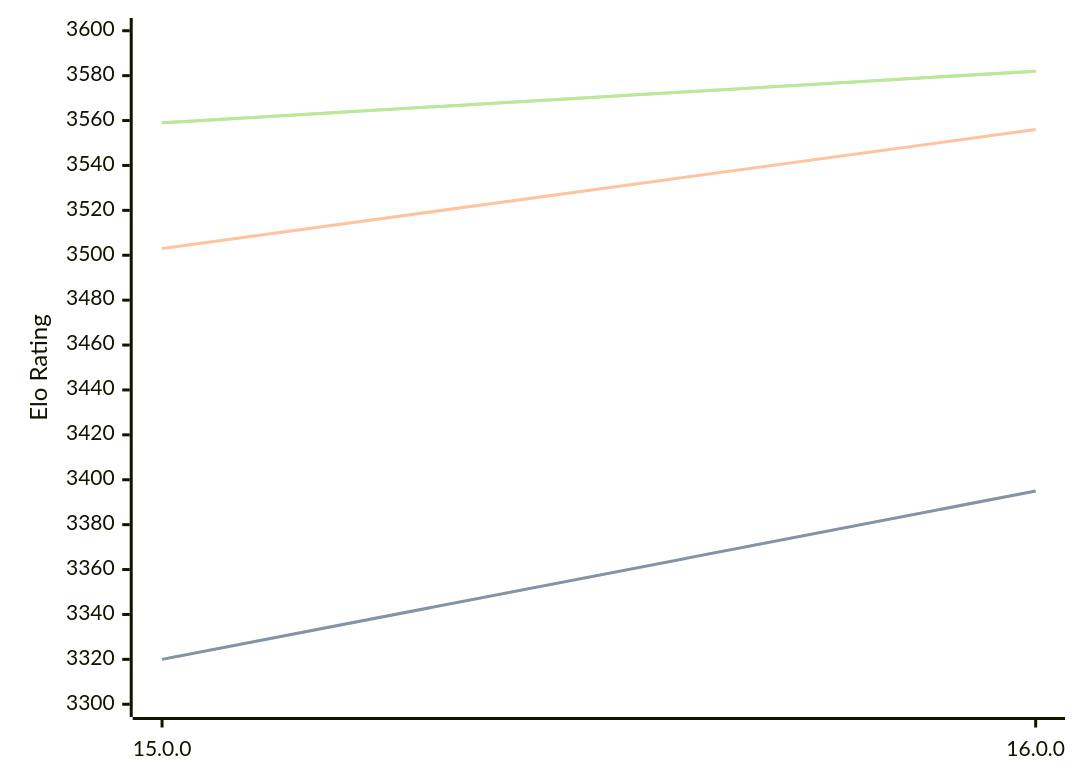
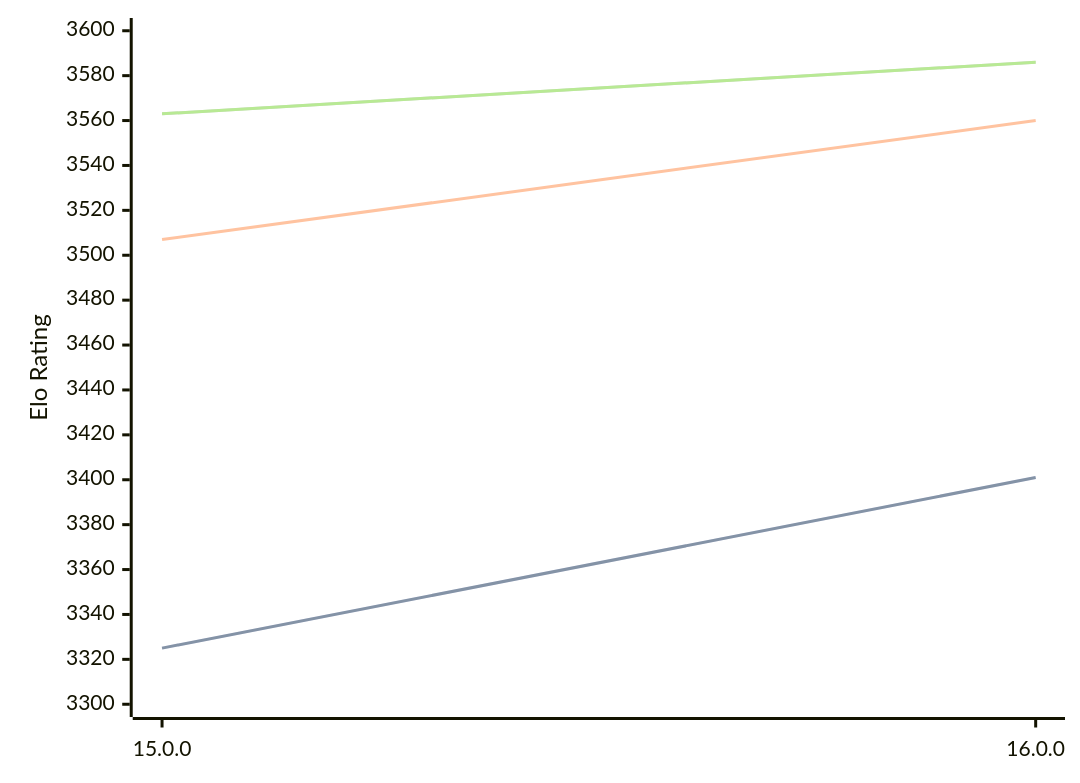
The diagram in engines/Halogen.md (computer-chess-index/cci), drawn with Mermaid before and after one commit. The commit also changed other lines of this file, not shown here.

Commit message:
Update CCI Ratings (ELO VLTC) - 2026-04-18

````diff
--- a/engines/Halogen.md
+++ b/engines/Halogen.md
@@ -50,11 +50,11 @@
 ```mermaid
 %%{init: {"theme":"base","themeVariables":{"seriesColors:['#a3a3a3','#222221','#faa371']}}}%%
 xychart-beta
   x-axis ["15.0.0", "16.0.0"]
   y-axis "Elo Rating" 3300 --> 3600
-  line "STC (8.0+0.08s)" [3320, 3395]
-  line "STC (8.0+0.08s)" [3320, 3395]
-  line "LTC (60.0+0.60s)" [3503, 3556]
-  line "VLTC (2m24s+1.12s)" [3559, 3582]
-  line "VLTC (2m24s+1.12s)" [3559, 3582]
+  line "STC (8.0+0.08s)" [3325, 3401]
+  line "STC (8.0+0.08s)" [3325, 3401]
+  line "LTC (60.0+0.60s)" [3507, 3560]
+  line "VLTC (2m24s+1.12s)" [3563, 3586]
+  line "VLTC (2m24s+1.12s)" [3563, 3586]
 ```
````
